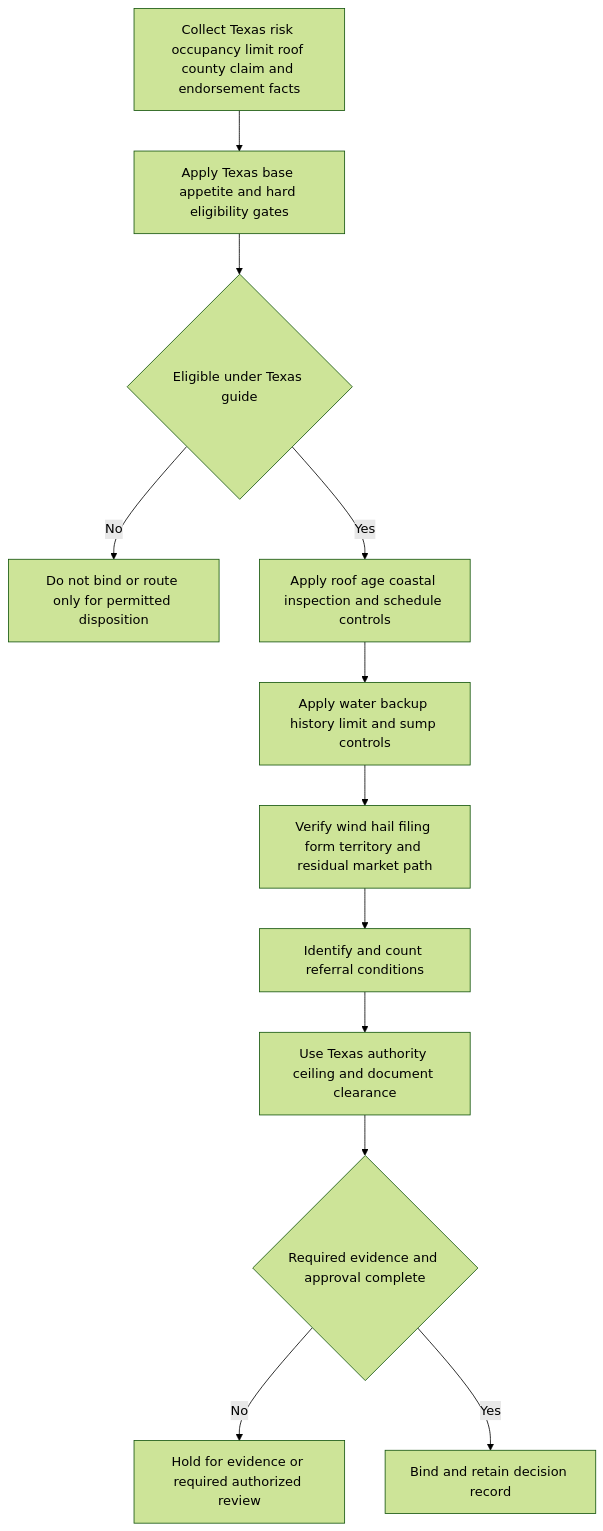
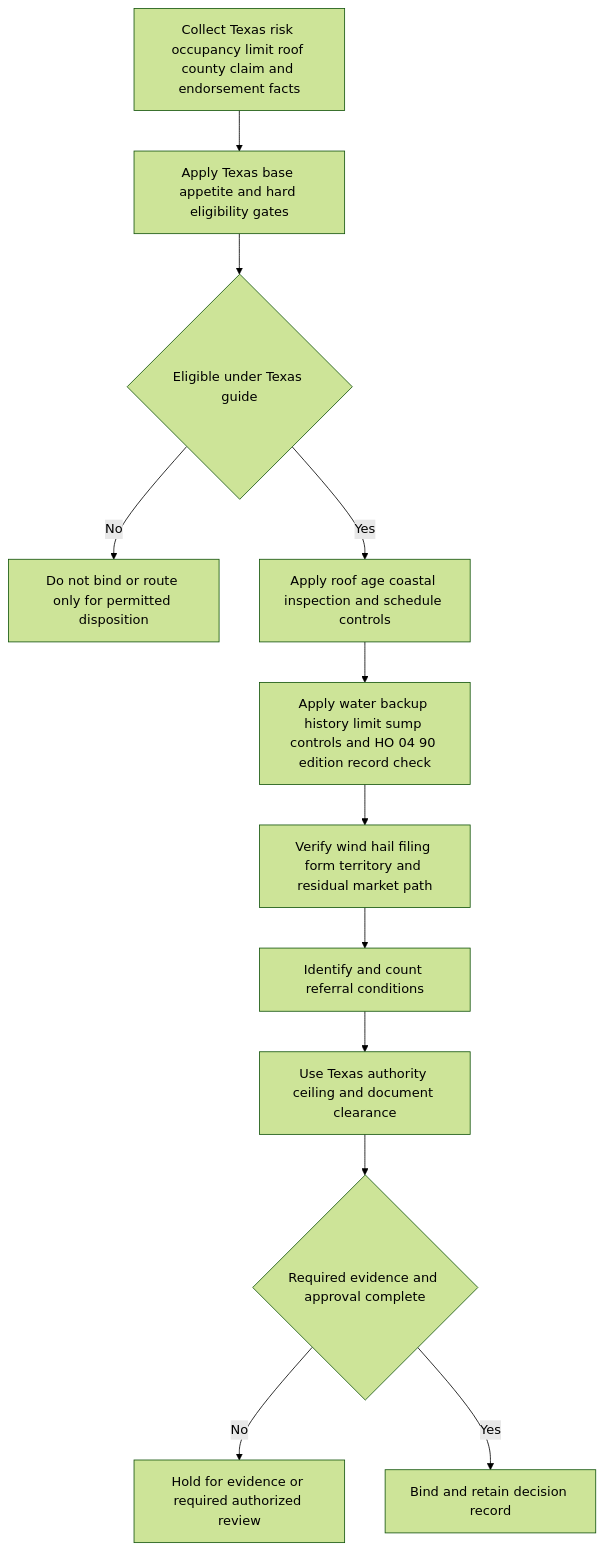
One commit to eugeneliu-86/openwiki-insurance-corpus changed the diagram in openwiki/underwriting/texas-appetite.md. Above: the diagram before and after it, drawn with Mermaid (forest theme). The commit also changed other lines of this file and 32 other files, not shown here.

````diff
--- a/openwiki/underwriting/texas-appetite.md
+++ b/openwiki/underwriting/texas-appetite.md
@@ -54,14 +56,14 @@
 ```mermaid
 flowchart TD
     Intake["Collect Texas risk occupancy limit roof county claim and endorsement facts"] --> Base["Apply Texas base appetite and hard eligibility gates"]
     Base --> Eligible{"Eligible under Texas guide"}
     Eligible -- No --> Disposition["Do not bind or route only for permitted disposition"]
     Eligible -- Yes --> Roof["Apply roof age coastal inspection and schedule controls"]
-    Roof --> Water["Apply water backup history limit and sump controls"]
+    Roof --> Water["Apply water backup history limit sump controls and HO 04 90 edition record check"]
     Water --> Wind["Verify wind hail filing form territory and residual market path"]
     Wind --> Referrals["Identify and count referral conditions"]
     Referrals --> Authority["Use Texas authority ceiling and document clearance"]
     Authority --> Complete{"Required evidence and approval complete"}
     Complete -- No --> Hold["Hold for evidence or required authorized review"]
     Complete -- Yes --> Bind["Bind and retain decision record"]
 ```
````
